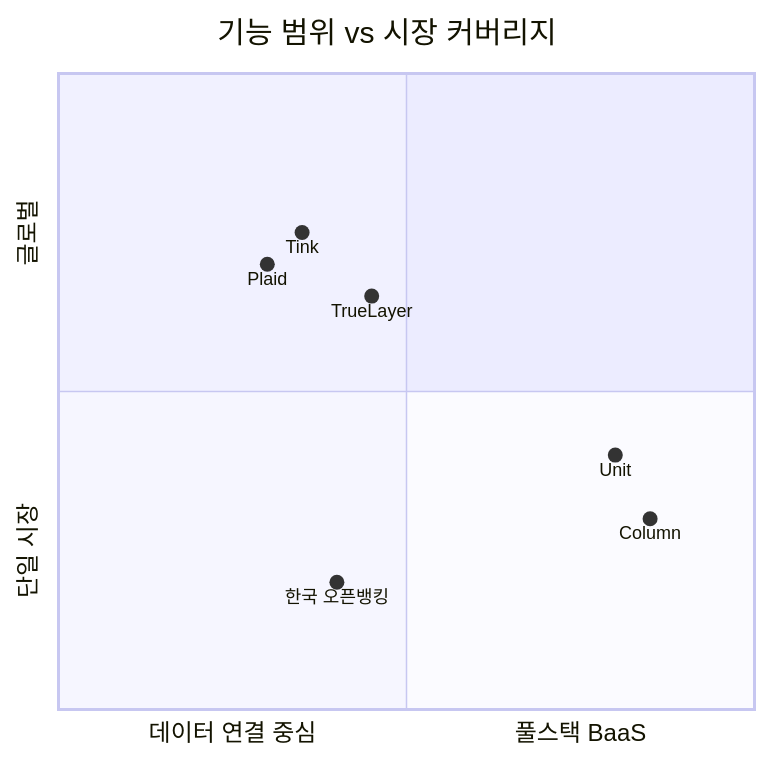
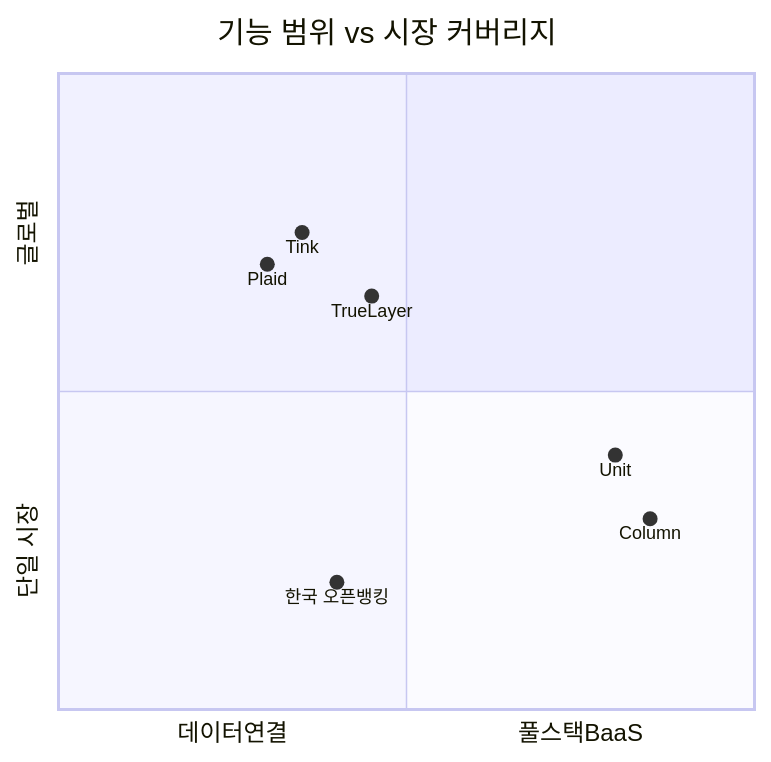
One commit to OkyoKwon/studyNresearch changed the diagram in docs/domains/open-banking/products/index.md. Above: the diagram before and after it, drawn with Mermaid. The commit also changed 4 other files, not shown here.

````diff
--- a/docs/domains/open-banking/products/index.md
+++ b/docs/domains/open-banking/products/index.md
@@ -22,12 +22,12 @@
 ```mermaid
 quadrantChart
     title 기능 범위 vs 시장 커버리지
-    x-axis 데이터 연결 중심 --> 풀스택 BaaS
+    x-axis 데이터연결 --> 풀스택BaaS
     y-axis 단일 시장 --> 글로벌
     Plaid: [0.3, 0.7]
     Unit: [0.8, 0.4]
     Column: [0.85, 0.3]
     한국 오픈뱅킹: [0.4, 0.2]
     Tink: [0.35, 0.75]
     TrueLayer: [0.45, 0.65]
 ```
````
